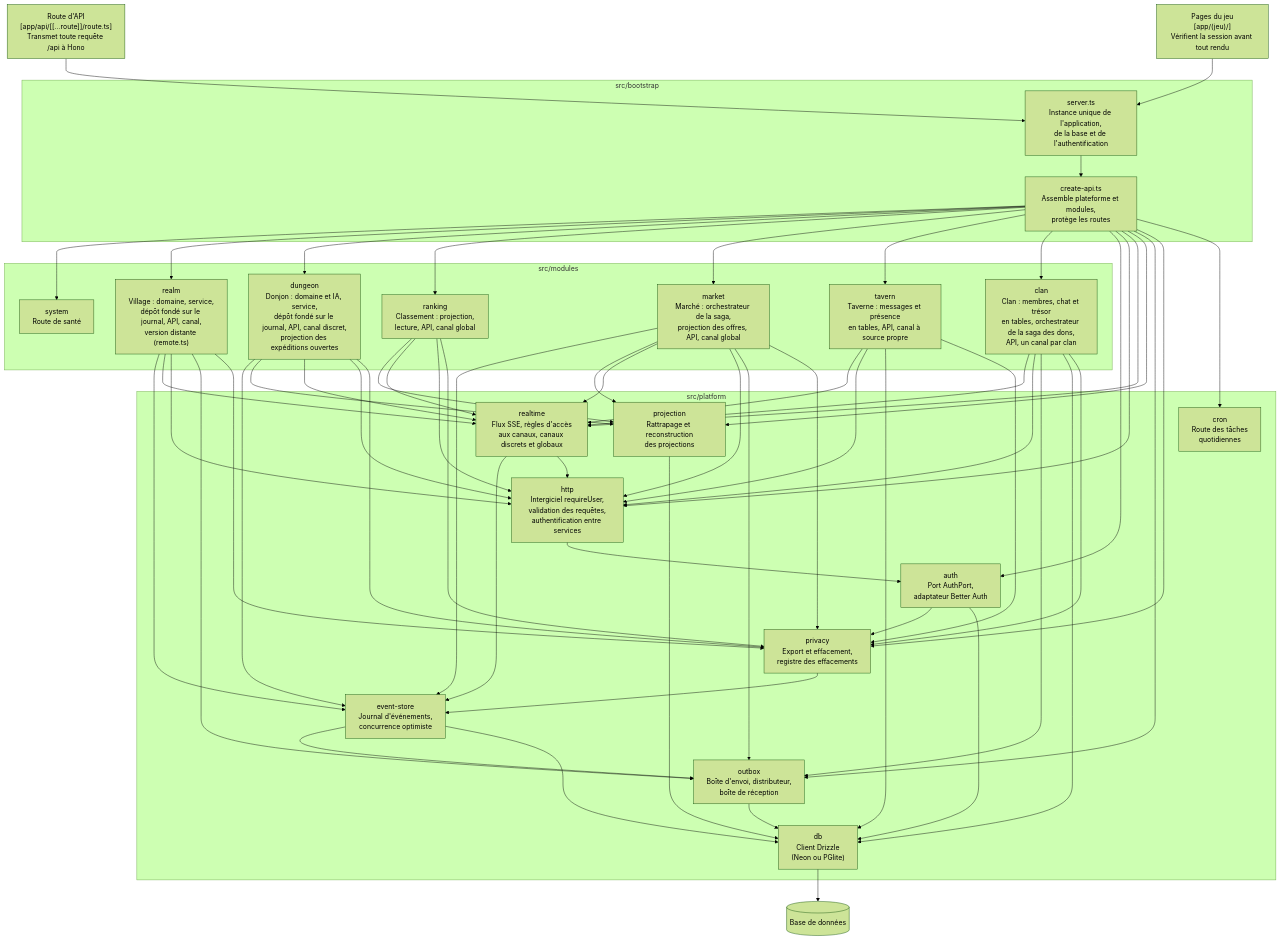
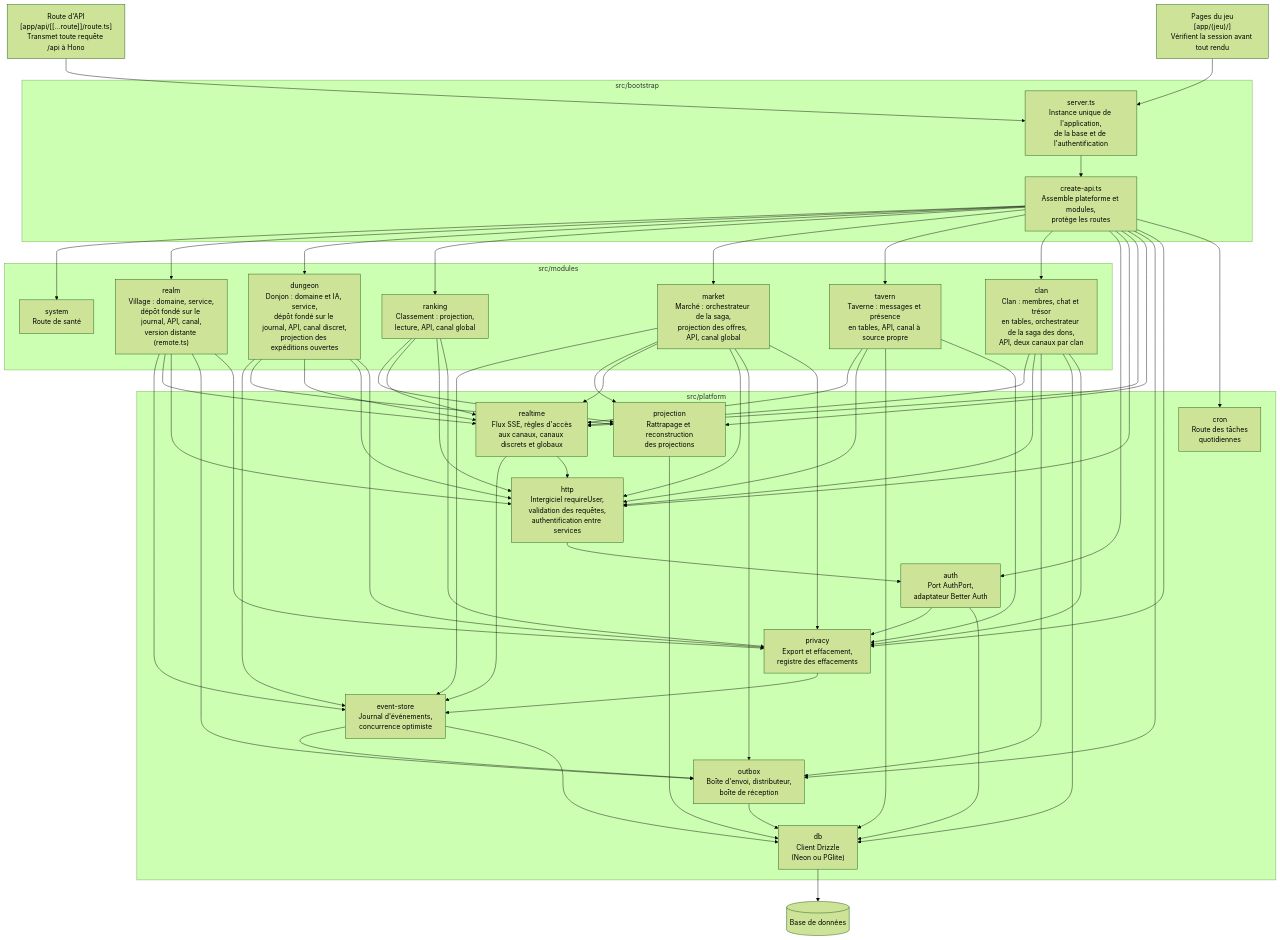
One commit to NathanCorberan/royaumes changed the third of 6 diagrams in docs/architecture.md. Above: the diagram before and after it, drawn with Mermaid (forest theme). The commit also changed other lines of this file and 7 other files, not shown here.

````diff
--- a/docs/architecture.md
+++ b/docs/architecture.md
@@ -56,51 +56,51 @@
 ```mermaid
 flowchart TB
   route["Route d'API<br/>[app/api/[[...route]]/route.ts]<br/>Transmet toute requête /api à Hono"]
   pages["Pages du jeu<br/>[app/(jeu)/]<br/>Vérifient la session avant tout rendu"]
   subgraph bootstrap["src/bootstrap"]
     server["server.ts<br/>Instance unique de l'application,<br/>de la base et de l'authentification"]
     createapi["create-api.ts<br/>Assemble plateforme et modules,<br/>protège les routes"]
   end
   subgraph modules["src/modules"]
     system["system<br/>Route de santé"]
     realm["realm<br/>Village : domaine, service,<br/>dépôt fondé sur le journal, API, canal,<br/>version distante (remote.ts)"]
     dungeon["dungeon<br/>Donjon : domaine et IA, service,<br/>dépôt fondé sur le journal, API, canal discret,<br/>projection des expéditions ouvertes"]
     ranking["ranking<br/>Classement : projection,<br/>lecture, API, canal global"]
     market["market<br/>Marché : orchestrateur de la saga,<br/>projection des offres, API, canal global"]
     tavern["tavern<br/>Taverne : messages et présence<br/>en tables, API, canal à source propre"]
-    clan["clan<br/>Clan : membres, chat et trésor<br/>en tables, orchestrateur de la saga des dons,<br/>API, un canal par clan"]
+    clan["clan<br/>Clan : membres, chat et trésor<br/>en tables, orchestrateur de la saga des dons,<br/>API, deux canaux par clan"]
   end
   subgraph platform["src/platform"]
     auth["auth<br/>Port AuthPort,<br/>adaptateur Better Auth"]
     http["http<br/>Intergiciel requireUser,<br/>validation des requêtes,<br/>authentification entre services"]
     realtime["realtime<br/>Flux SSE, règles d'accès<br/>aux canaux, canaux discrets et globaux"]
     store["event-store<br/>Journal d'événements,<br/>concurrence optimiste"]
     projection["projection<br/>Rattrapage et reconstruction<br/>des projections"]
     outbox["outbox<br/>Boîte d'envoi, distributeur,<br/>boîte de réception"]
     privacy["privacy<br/>Export et effacement,<br/>registre des effacements"]
     cron["cron<br/>Route des tâches<br/>quotidiennes"]
     db["db<br/>Client Drizzle<br/>(Neon ou PGlite)"]
   end
   base[("Base de données")]
   route --> server
   pages --> server
   server --> createapi
   createapi --> system & realm & dungeon & ranking & market & tavern & clan & auth & http & realtime & projection & outbox & privacy & cron
   realm --> store & realtime & http & outbox
   market --> store & projection & realtime & http & outbox
   dungeon --> store & projection & realtime & http
   ranking --> projection & realtime & http
   tavern --> realtime & http & db
   clan --> realtime & http & outbox & db
   realm & dungeon & market & ranking & tavern & clan --> privacy
   privacy --> store
   auth --> privacy
   realtime --> store & http
   projection --> db
   store --> outbox
   outbox --> db
   http --> auth
   auth --> db
   store --> db
   db --> base
 ```
````
